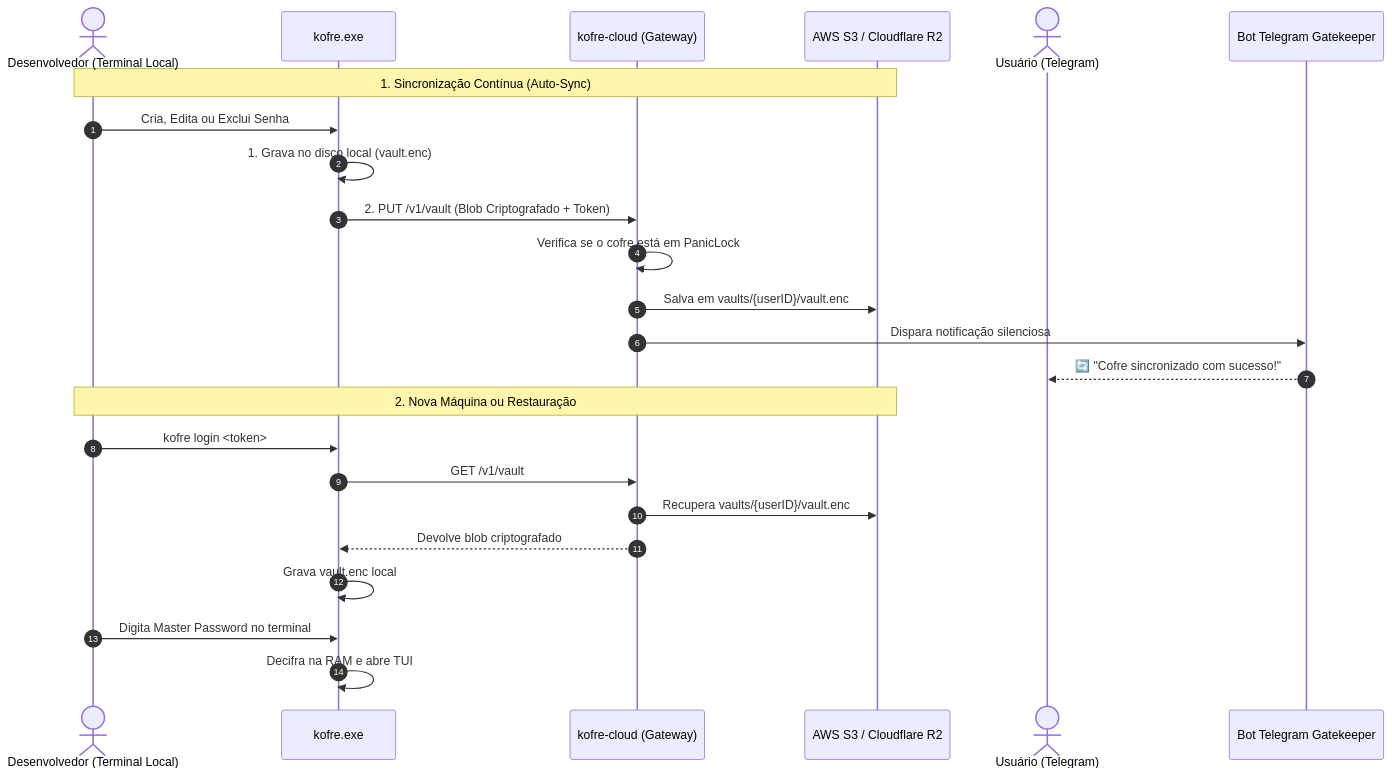
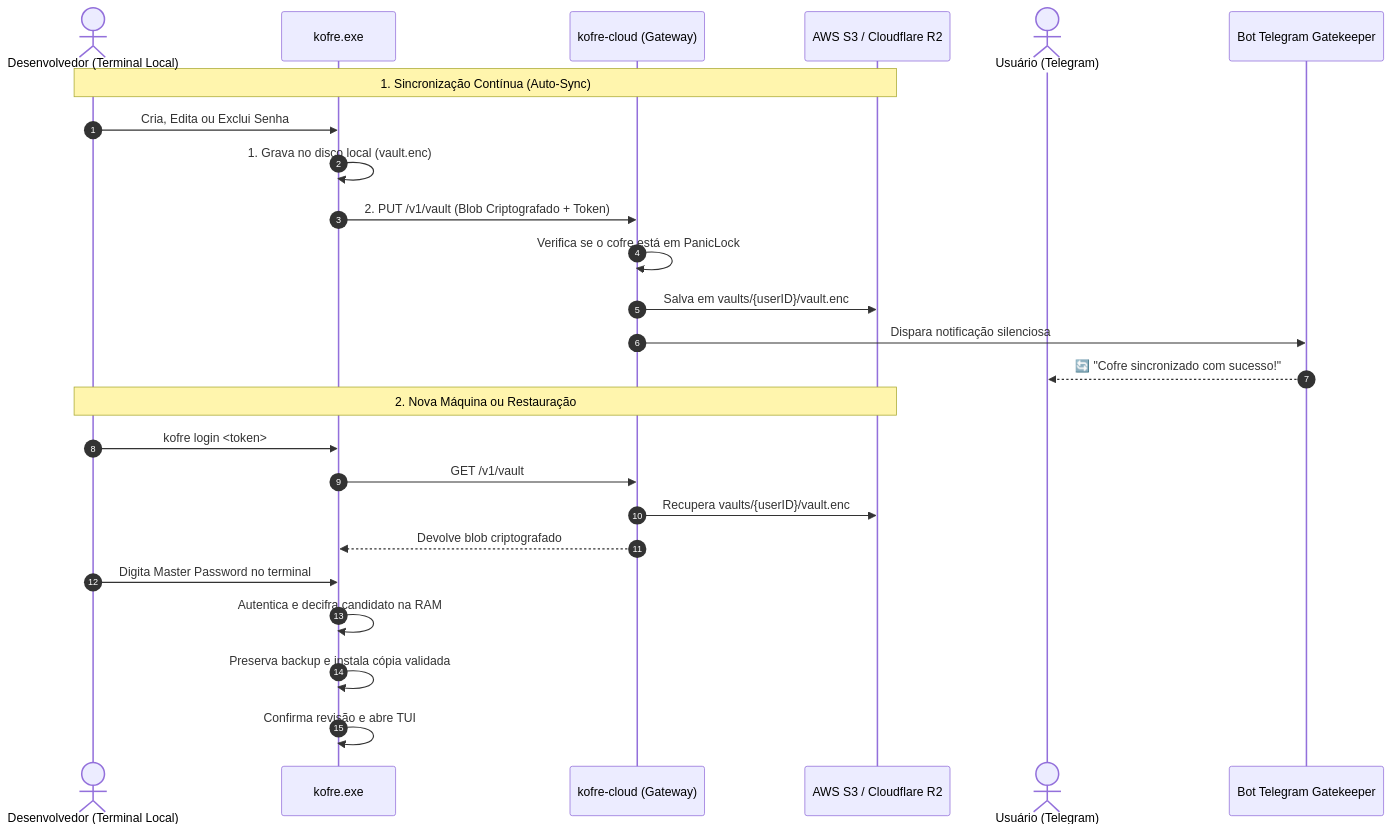
One commit to kofre-dev/kofre changed the diagram in docs/ARQUITETURA_SEGURANCA.md. Above: the diagram before and after it, drawn with Mermaid. The commit also changed other lines of this file and 55 other files, not shown here.

````diff
--- a/docs/ARQUITETURA_SEGURANCA.md
+++ b/docs/ARQUITETURA_SEGURANCA.md
@@ -66,28 +76,29 @@
 ```mermaid
 sequenceDiagram
     autonumber
     actor Dev as Desenvolvedor (Terminal Local)
     participant Client as kofre.exe
     participant API as kofre-cloud (Gateway)
     participant S3 as AWS S3 / Cloudflare R2
     actor TG as Usuário (Telegram)
     participant Bot as Bot Telegram Gatekeeper
 
     Note over Dev, S3: 1. Sincronização Contínua (Auto-Sync)
     Dev->>Client: Cria, Edita ou Exclui Senha
     Client->>Client: 1. Grava no disco local (vault.enc)
     Client->>API: 2. PUT /v1/vault (Blob Criptografado + Token)
     API->>API: Verifica se o cofre está em PanicLock
     API->>S3: Salva em vaults/{userID}/vault.enc
     API->>Bot: Dispara notificação silenciosa
     Bot-->>TG: 🔄 "Cofre sincronizado com sucesso!"
 
     Note over Dev, S3: 2. Nova Máquina ou Restauração
     Dev->>Client: kofre login <token>
     Client->>API: GET /v1/vault
     API->>S3: Recupera vaults/{userID}/vault.enc
     API-->>Client: Devolve blob criptografado
-    Client->>Client: Grava vault.enc local
     Dev->>Client: Digita Master Password no terminal
-    Client->>Client: Decifra na RAM e abre TUI
+    Client->>Client: Autentica e decifra candidato na RAM
+    Client->>Client: Preserva backup e instala cópia validada
+    Client->>Client: Confirma revisão e abre TUI
 ```
````
